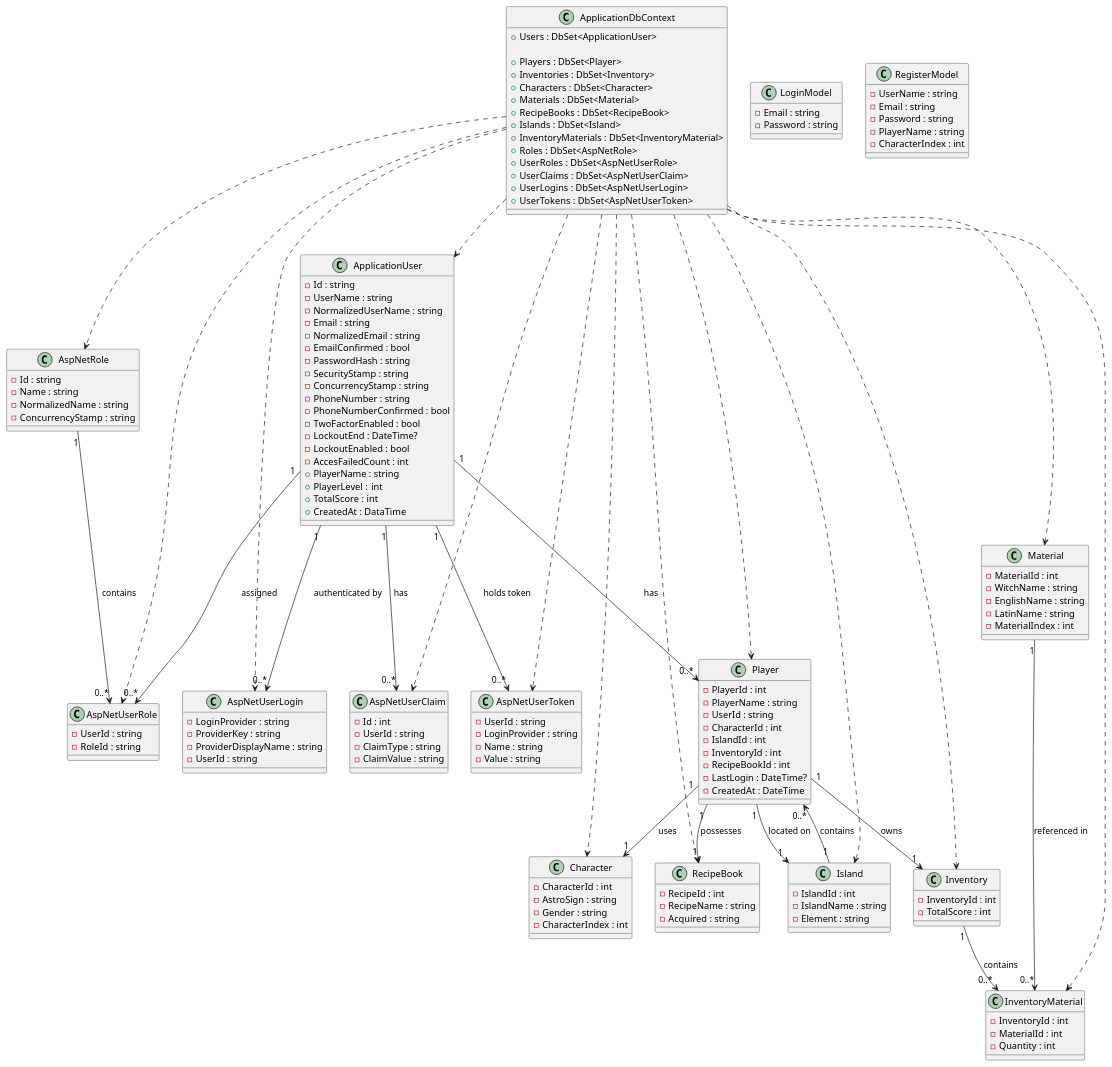
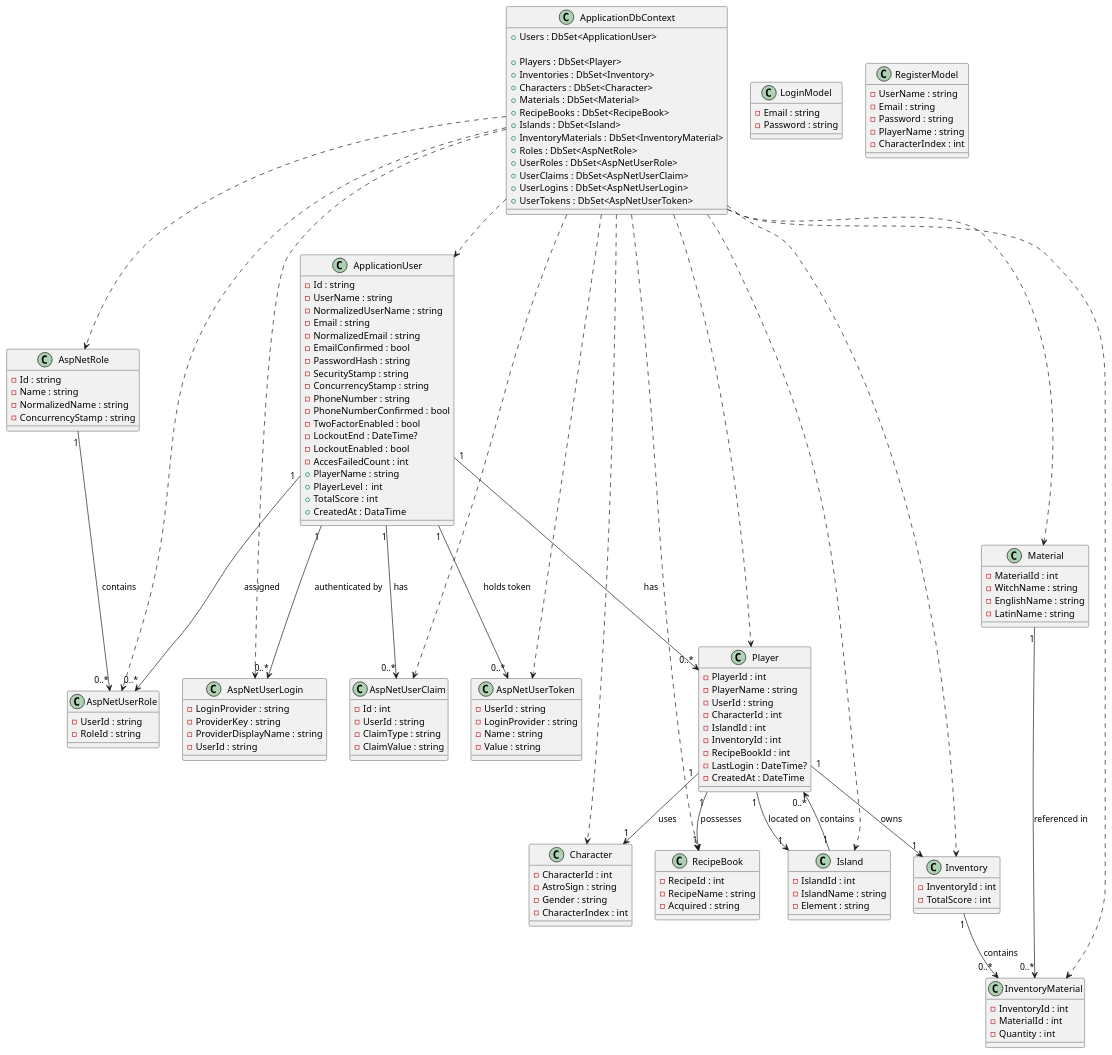
Before and after one commit to PBB2020/AstroWheelAPI: the diagram in UML Diagrams/domain-model.puml, drawn with PlantUML. The commit also changed 5 other files, not shown here.

Commit message:
DTO átnevezés: PlayerPutDTO MaterialIndex törlés Új migráció UML diagram módosítás

```diff
--- a/UML Diagrams/domain-model.puml
+++ b/UML Diagrams/domain-model.puml
@@ -1,185 +1,184 @@
 @startuml
 
 ' ---------------------------
 ' Alapos osztályok definiálása
 ' ---------------------------
 
 class ApplicationUser {
 	- Id : string
 	- UserName : string
 	- NormalizedUserName : string
 	- Email : string
 	- NormalizedEmail : string
 	- EmailConfirmed : bool
 	- PasswordHash : string
 	- SecurityStamp : string
 	- ConcurrencyStamp : string
 	- PhoneNumber : string
 	- PhoneNumberConfirmed : bool
 	- TwoFactorEnabled : bool
 	- LockoutEnd : DateTime?
 	- LockoutEnabled : bool
 	- AccesFailedCount : int
 	+ PlayerName : string
 	+ PlayerLevel :	int
 	+ TotalScore : int
 	+ CreatedAt : DataTime
 }
 
 class AspNetRole {
   - Id : string
   - Name : string
   - NormalizedName : string
   - ConcurrencyStamp : string
 }
 
 class AspNetUserRole {
   - UserId : string
   - RoleId : string
 }
 
 class AspNetUserClaim {
   - Id : int
   - UserId : string
   - ClaimType : string
   - ClaimValue : string
 }
 
 class AspNetUserLogin {
   - LoginProvider : string
   - ProviderKey : string
   - ProviderDisplayName : string
   - UserId : string
 }
 
 class AspNetUserToken {
   - UserId : string
   - LoginProvider : string
   - Name : string
   - Value : string
 }
 
 class LoginModel {
   - Email : string
   - Password : string
 }
 
 class RegisterModel {
     - UserName : string
     - Email : string
     - Password : string
 	- PlayerName : string
 	- CharacterIndex : int
 }
 
 ' ---------------------------
 ' Egyéb osztályok
 ' ---------------------------
 
 class Character {
   - CharacterId : int
   - AstroSign : string
   - Gender : string
   - CharacterIndex : int
 }
 
 class Inventory {
   - InventoryId : int
   - TotalScore : int
 }
 
 class InventoryMaterial {
   - InventoryId : int
   - MaterialId : int
   - Quantity : int
 }
 
 class Island {
   - IslandId : int
   - IslandName : string
   - Element : string
 }
 
 class Material {
   - MaterialId : int
   - WitchName : string
   - EnglishName : string
   - LatinName : string
-  - MaterialIndex : int
 }
 
 class Player {
   - PlayerId : int
   - PlayerName : string
   - UserId : string
   - CharacterId : int
   - IslandId : int
   - InventoryId : int
   - RecipeBookId : int
   - LastLogin : DateTime?
   - CreatedAt : DateTime
 }
 
 class RecipeBook {
   - RecipeId : int
   - RecipeName : string
   - Acquired : string
 }
 
 ' ---------------------------
 ' Kapcsolatok beállítása
 ' ---------------------------
 
 ApplicationUser "1" --> "0..*" Player : has
 Player "1" --> "1" Character : uses
 Player "1" --> "1" Island : located on
 Player "1" --> "1" Inventory : owns
 Player "1" --> "1" RecipeBook : possesses
 Island "1" --> "0..*" Player : contains
 Inventory "1" --> "0..*" InventoryMaterial : contains
 Material "1" --> "0..*" InventoryMaterial : referenced in
 
 ' ASP.NET Identity kapcsolatok
 ApplicationUser "1" --> "0..*" AspNetUserRole : assigned
 AspNetRole "1" --> "0..*" AspNetUserRole : contains
 ApplicationUser "1" --> "0..*" AspNetUserClaim : has
 ApplicationUser "1" --> "0..*" AspNetUserLogin : authenticated by
 ApplicationUser "1" --> "0..*" AspNetUserToken : holds token
 
 ' ---------------------------
 ' ApplicationDbContext osztály (DbSet-ekkel)
 ' ---------------------------
 
 class ApplicationDbContext {
   + Users : DbSet<ApplicationUser>
  
  + Players : DbSet<Player>
   + Inventories : DbSet<Inventory>
   + Characters : DbSet<Character>
   + Materials : DbSet<Material>
   + RecipeBooks : DbSet<RecipeBook>
   + Islands : DbSet<Island>
   + InventoryMaterials : DbSet<InventoryMaterial>
   + Roles : DbSet<AspNetRole>
   + UserRoles : DbSet<AspNetUserRole>
   + UserClaims : DbSet<AspNetUserClaim>
   + UserLogins : DbSet<AspNetUserLogin>
   + UserTokens : DbSet<AspNetUserToken>
 }
 
 ' A context "has" a domain entitásokat (lágy függőségek)
 ApplicationDbContext ..> ApplicationUser
 ApplicationDbContext ..> Player
 ApplicationDbContext ..> Inventory
 ApplicationDbContext ..> InventoryMaterial
 ApplicationDbContext ..> Character
 ApplicationDbContext ..> Material
 ApplicationDbContext ..> RecipeBook
 ApplicationDbContext ..> Island
 ApplicationDbContext ..> AspNetRole
 ApplicationDbContext ..> AspNetUserRole
 ApplicationDbContext ..> AspNetUserClaim
 ApplicationDbContext ..> AspNetUserLogin
 ApplicationDbContext ..> AspNetUserToken
 
 @enduml
```
